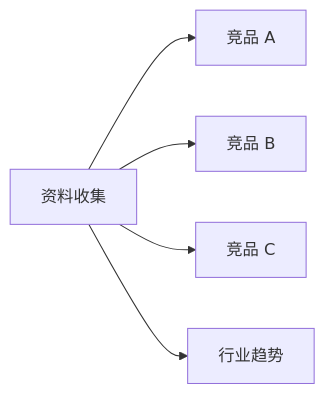
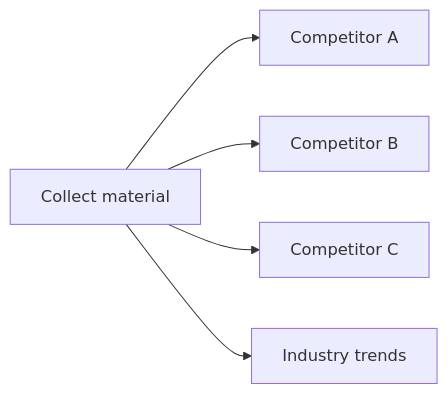
Before and after one commit to oneleaveknowsthefall/awesome-ai-roadmap: diagram 15 of 16 in docs/agent/02-reasoning-planning/06-task-decomposition.md, drawn with Mermaid. The commit also changed other lines of this file and 68 other files, not shown here.

````diff
--- a/docs/agent/02-reasoning-planning/06-task-decomposition.md
+++ b/docs/agent/02-reasoning-planning/06-task-decomposition.md
@@ -838,7 +842,7 @@
 ```mermaid
 flowchart LR
-    R[资料收集] --> A1[竞品 A]
-    R --> B1[竞品 B]
-    R --> C1[竞品 C]
-    R --> T[行业趋势]
+    R[Collect material] --> A1[Competitor A]
+    R --> B1[Competitor B]
+    R --> C1[Competitor C]
+    R --> T[Industry trends]
 ```
````
